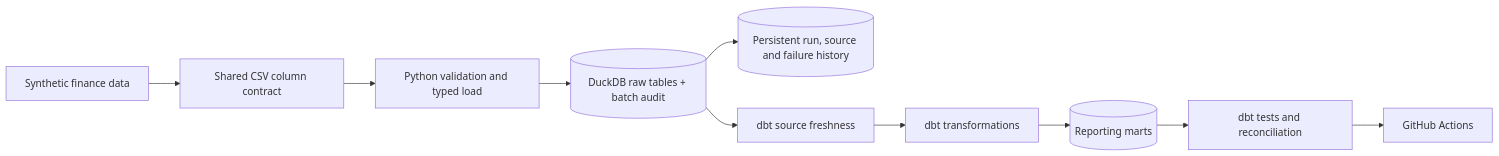
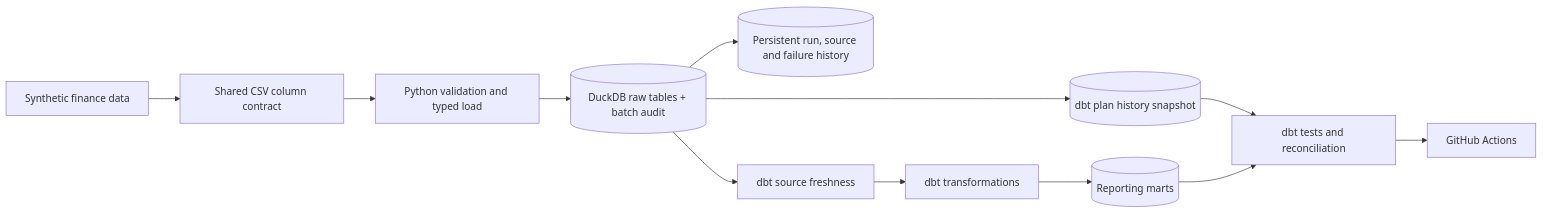
The diagram in README.md (Wasim-Jussab/finance-analytics-engineering-portfolio), drawn with Mermaid before and after one commit. The commit also changed other lines of this file, not shown here.

Commit message:
Day 21: document observed plan history

````diff
--- a/README.md
+++ b/README.md
@@ -11,12 +11,14 @@
 ```mermaid
 flowchart LR
     A["Synthetic finance data"] --> B["Shared CSV column contract"]
     B --> C["Python validation and typed load"]
     C --> J[("DuckDB raw tables + batch audit")]
     J --> I[("Persistent run, source and failure history")]
     J --> H["dbt source freshness"]
+    J --> K[("dbt plan history snapshot")]
     H --> D["dbt transformations"]
     D --> E[("Reporting marts")]
+    K --> F["dbt tests and reconciliation"]
     E --> F["dbt tests and reconciliation"]
     F --> G["GitHub Actions"]
 ```
````
